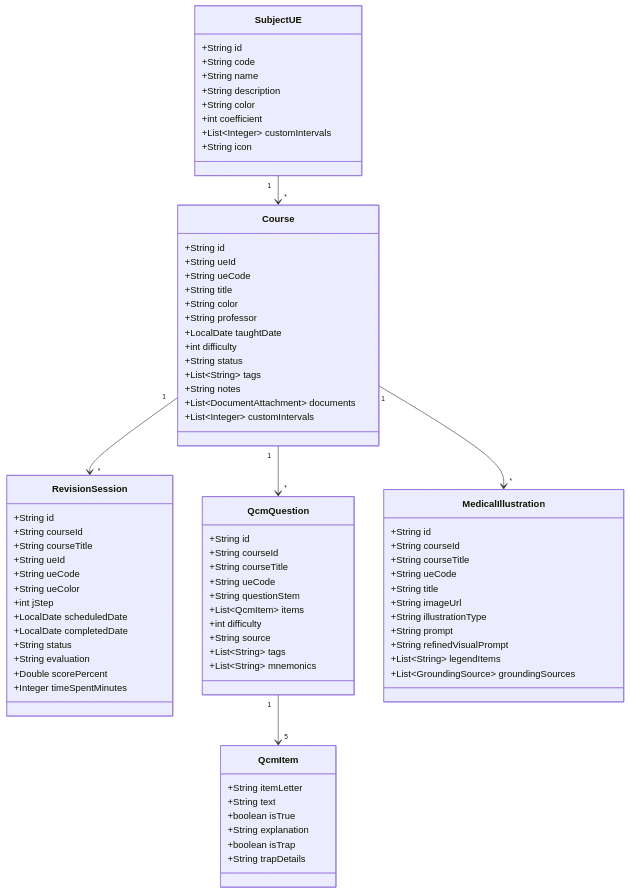
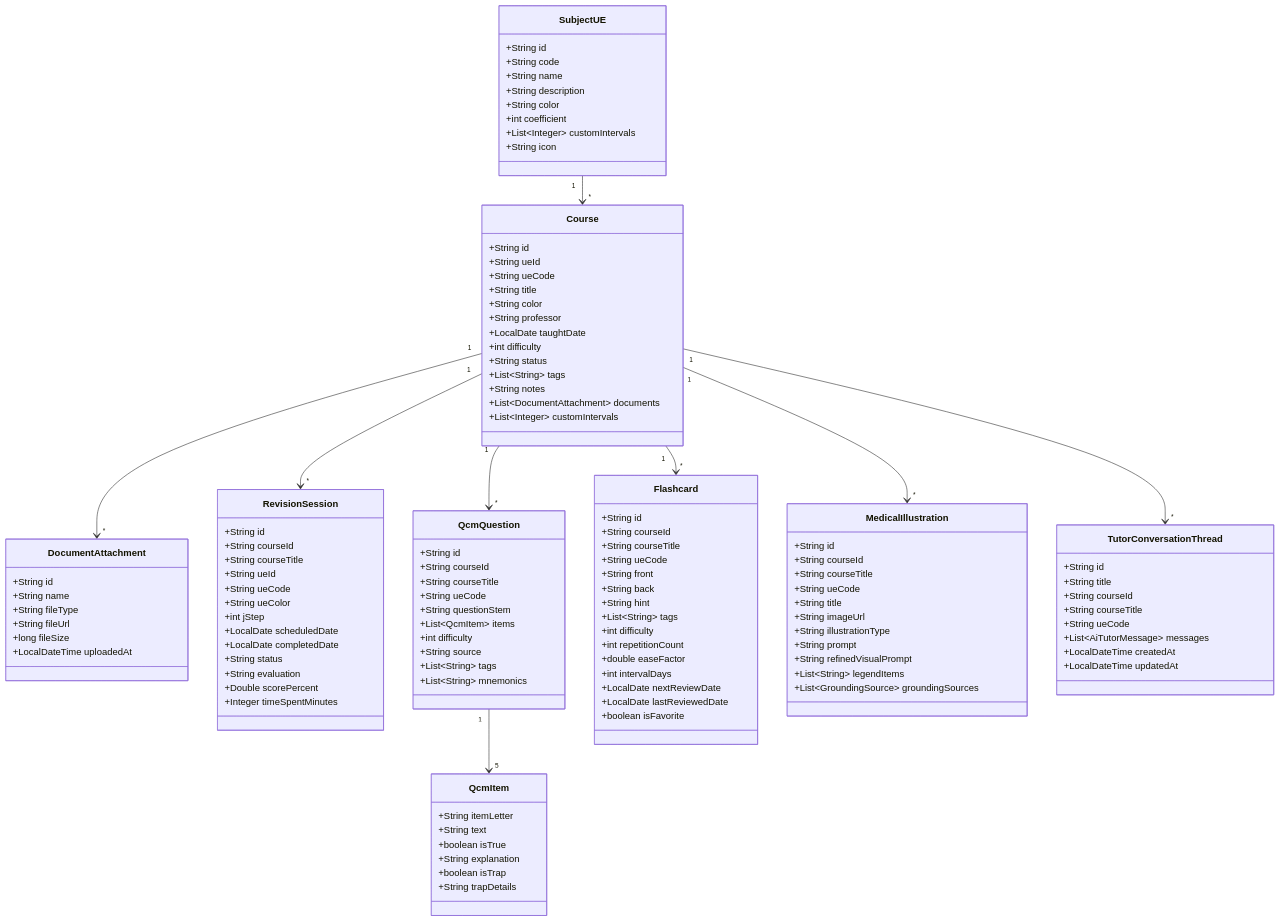
One commit to glaforge/medj changed the second of 2 diagrams in AGENTS.md. Above: the diagram before and after it, drawn with Mermaid. The commit also changed other lines of this file and 1 other file, not shown here.

Commit message:
docs: update README with architectural diagram, quickstart and Cloud Run deployment guides

````diff
--- a/AGENTS.md
+++ b/AGENTS.md
@@ -270,6 +336,15 @@
         +String notes
         +List~DocumentAttachment~ documents
         +List~Integer~ customIntervals
+    }
+
+    class DocumentAttachment {
+        +String id
+        +String name
+        +String fileType
+        +String fileUrl
+        +long fileSize
+        +LocalDateTime uploadedAt
     }
 
     class RevisionSession {
@@ -310,6 +385,24 @@
         +String trapDetails
     }
 
+    class Flashcard {
+        +String id
+        +String courseId
+        +String courseTitle
+        +String ueCode
+        +String front
+        +String back
+        +String hint
+        +List~String~ tags
+        +int difficulty
+        +int repetitionCount
+        +double easeFactor
+        +int intervalDays
+        +LocalDate nextReviewDate
+        +LocalDate lastReviewedDate
+        +boolean isFavorite
+    }
+
     class MedicalIllustration {
         +String id
         +String courseId
@@ -324,9 +417,23 @@
         +List~GroundingSource~ groundingSources
     }
 
+    class TutorConversationThread {
+        +String id
+        +String title
+        +String courseId
+        +String courseTitle
+        +String ueCode
+        +List~AiTutorMessage~ messages
+        +LocalDateTime createdAt
+        +LocalDateTime updatedAt
+    }
+
     SubjectUE "1" --> "*" Course
+    Course "1" --> "*" DocumentAttachment
     Course "1" --> "*" RevisionSession
     Course "1" --> "*" QcmQuestion
     QcmQuestion "1" --> "5" QcmItem
+    Course "1" --> "*" Flashcard
     Course "1" --> "*" MedicalIllustration
+    Course "1" --> "*" TutorConversationThread
 ```
````
